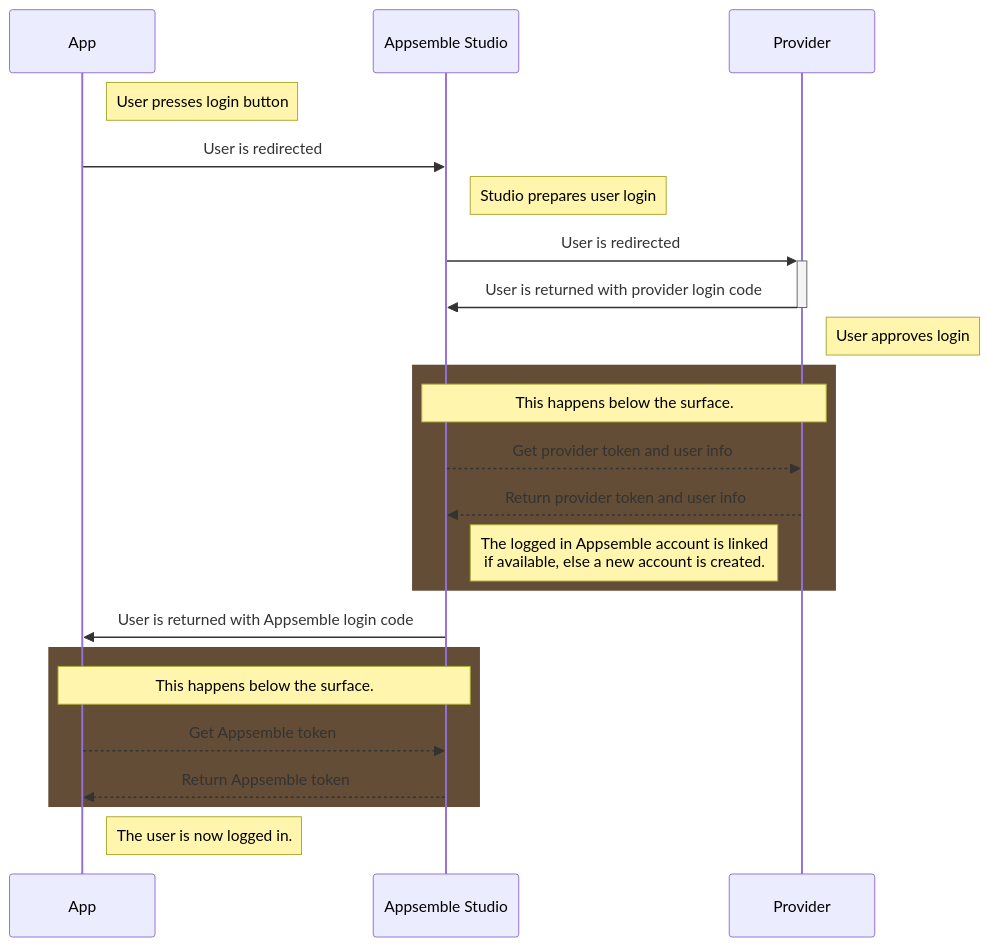
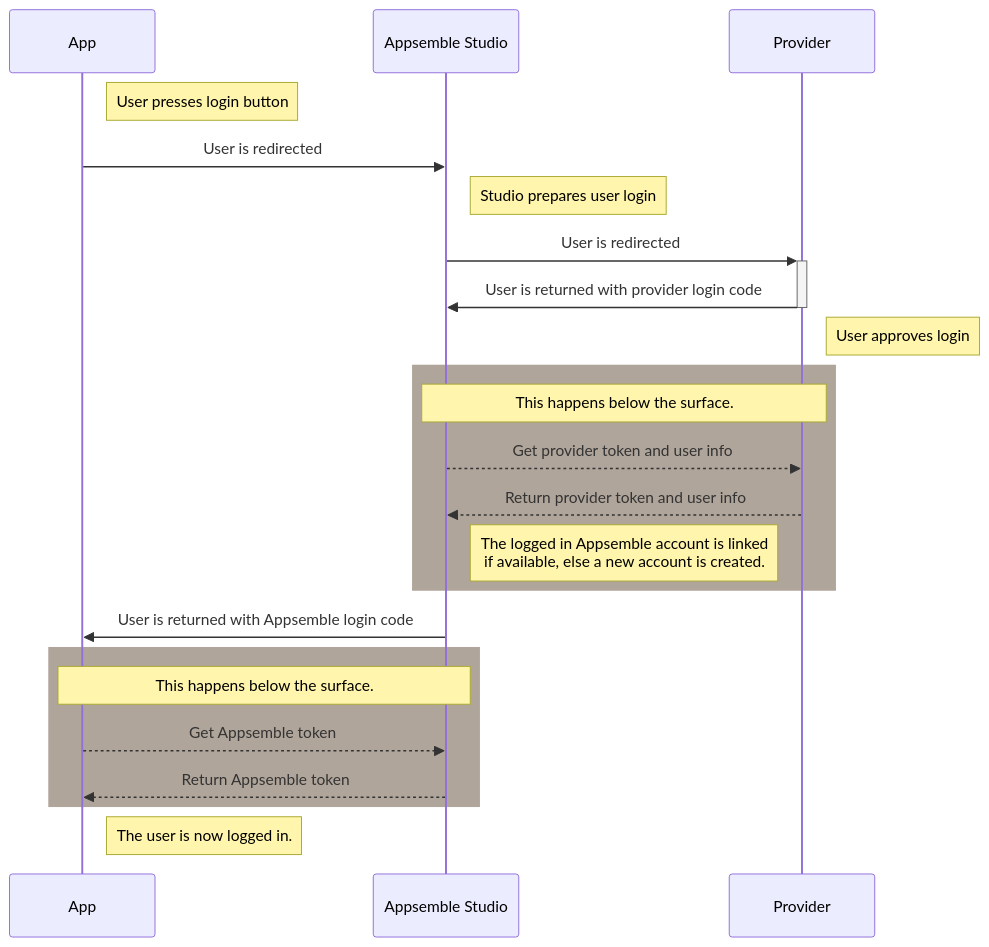
One commit to appsemble/appsemble changed the diagram in docs/guide/oauth2.md. Above: the diagram before and after it, drawn with Mermaid. The commit also changed other lines of this file and 91 other files, not shown here.

````diff
--- a/docs/guide/oauth2.md
+++ b/docs/guide/oauth2.md
@@ -61,25 +56,25 @@
 ```mermaid
 sequenceDiagram
   participant App
   participant Appsemble Studio
   participant Provider
   Note right of App: User presses login button
   App->>Appsemble Studio: User is redirected
   Note right of Appsemble Studio: Studio prepares user login
   Appsemble Studio->>+Provider: User is redirected
   Provider->>-Appsemble Studio: User is returned with provider login code
   Note right of Provider: User approves login
-  rect hsl(30, 30%, 30%)
+  rect hsla(30, 30%, 30%, 0.5)
     Note over Appsemble Studio,Provider: This happens below the surface.
     Appsemble Studio-->>Provider: Get provider token and user info
     Provider-->>Appsemble Studio: Return provider token and user info
     Note right of Appsemble Studio: The logged in Appsemble account is linked<br/>if available, else a new account is created.
   end
   Appsemble Studio->>App: User is returned with Appsemble login code
-  rect hsl(30, 30%, 30%)
+  rect hsla(30, 30%, 30%, 0.5)
     Note over App,Appsemble Studio: This happens below the surface.
     App-->>Appsemble Studio: Get Appsemble token
     Appsemble Studio-->>App: Return Appsemble token
   end
   Note right of App: The user is now logged in.
 ```
````
